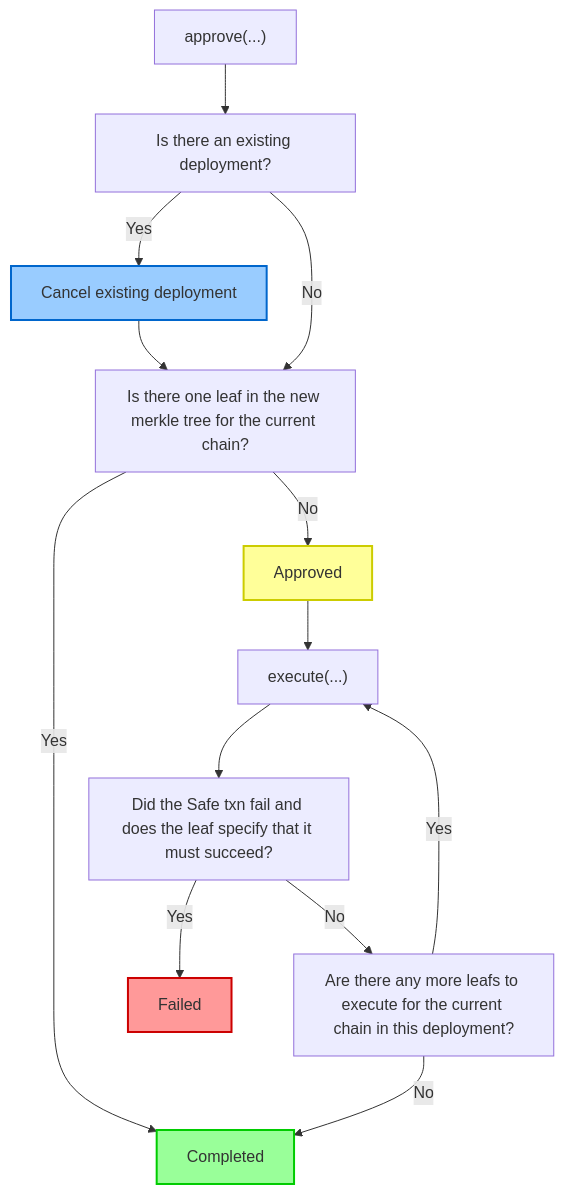
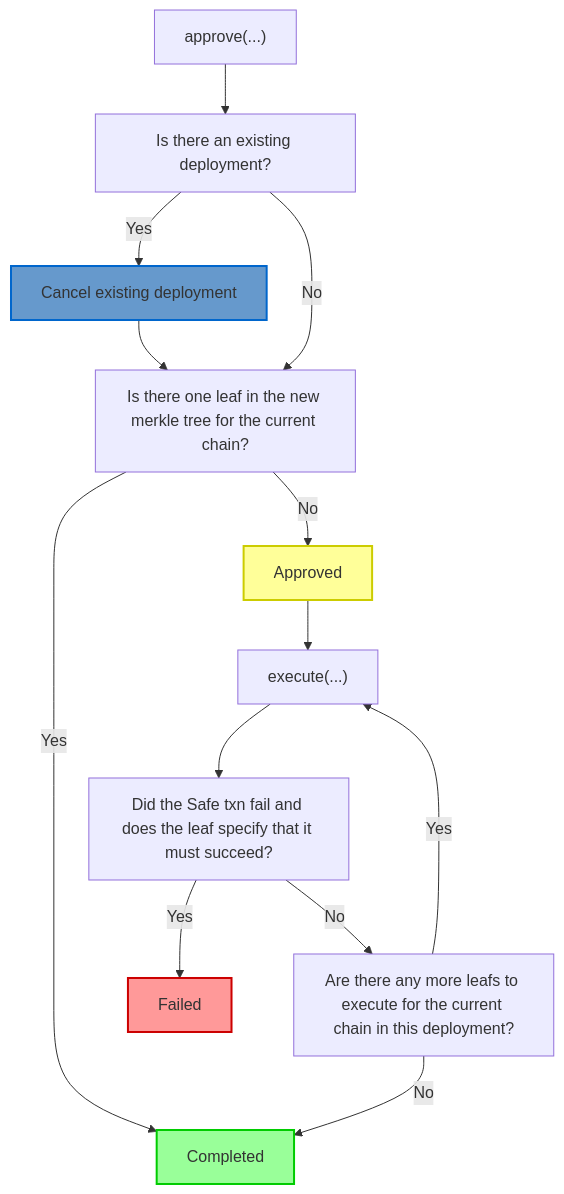
Before and after one commit to sphinx-labs/sphinx: the diagram in specs/sphinx-module-proxy.md, drawn with Mermaid. The commit also changed other lines of this file, not shown here.

````diff
--- a/specs/sphinx-module-proxy.md
+++ b/specs/sphinx-module-proxy.md
@@ -52,19 +51,19 @@
 ```mermaid
 graph TD
     style C fill:#ffff99,stroke:#cccc00,stroke-width:2px
     style B fill:#99ff99,stroke:#00cc00,stroke-width:2px
     style F fill:#ff9999,stroke:#cc0000,stroke-width:2px
-    style I fill:#99ccff,stroke:#0066cc,stroke-width:2px
+    style I fill:#6699cc,stroke:#0066cc,stroke-width:2px
     Z["approve(...)"] --> H[Is there an existing deployment?]
     H -->|Yes| I[Cancel existing deployment]
     H -->|No| A[Is there one leaf in the new merkle tree for the current chain?]
     I -->A
     A -->|Yes| B[Completed]
     A -->|No| C[Approved]
     C --> D["execute(...)"]
     D --> E[Did the Safe txn fail and does the leaf specify that it must succeed?]
     E -->|Yes| F[Failed]
     E -->|No| G[Are there any more leafs to execute for the current chain in this deployment?]
     G -->|Yes| D
     G -->|No| B
 ```
````
